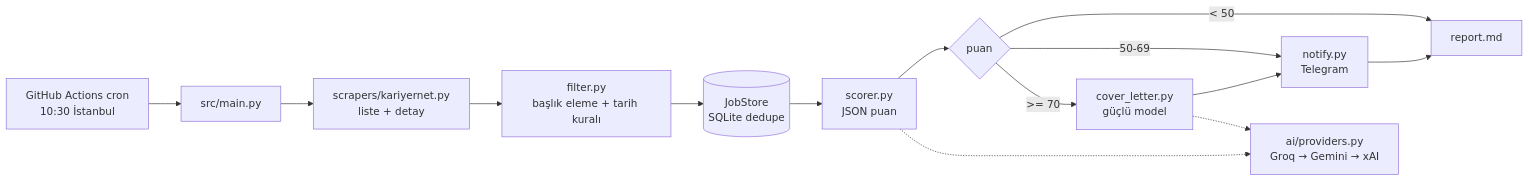
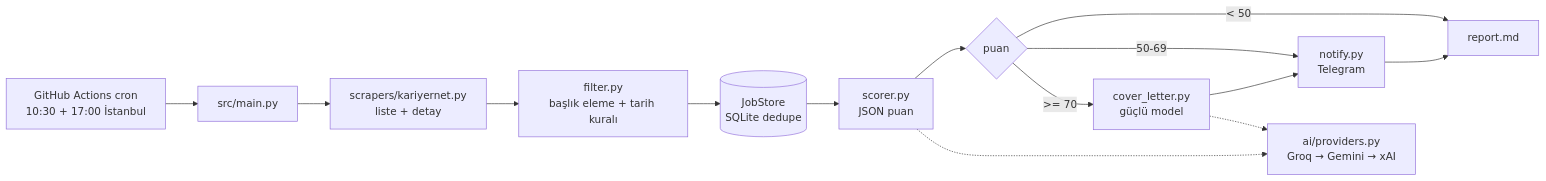
The diagram in README.md (cantekcan/job-hunter), drawn with Mermaid before and after one commit. The commit also changed other lines of this file and 4 other files, not shown here.

````diff
--- a/README.md
+++ b/README.md
@@ -25,15 +25,15 @@
 ```mermaid
 flowchart LR
-    A[GitHub Actions cron<br/>10:30 İstanbul] --> B[src/main.py]
+    A[GitHub Actions cron<br/>10:30 + 17:00 İstanbul] --> B[src/main.py]
     B --> C[scrapers/kariyernet.py<br/>liste + detay]
     C --> D[filter.py<br/>başlık eleme + tarih kuralı]
     D --> E[(JobStore<br/>SQLite dedupe)]
     E --> F[scorer.py<br/>JSON puan]
     F --> G{puan}
     G -- "< 50" --> R[report.md]
     G -- "50-69" --> T[notify.py<br/>Telegram]
     G -- ">= 70" --> L[cover_letter.py<br/>güçlü model] --> T
     T --> R
     F -.-> P[ai/providers.py<br/>Groq → Gemini → xAI]
     L -.-> P
 ```
````
